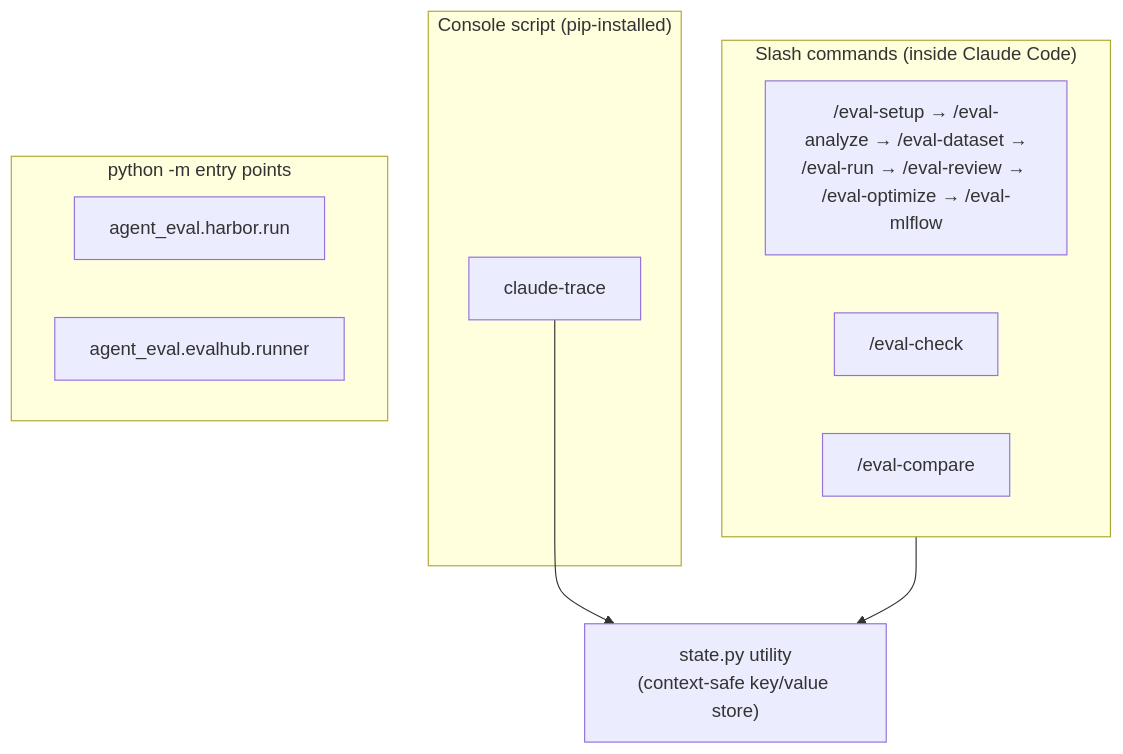
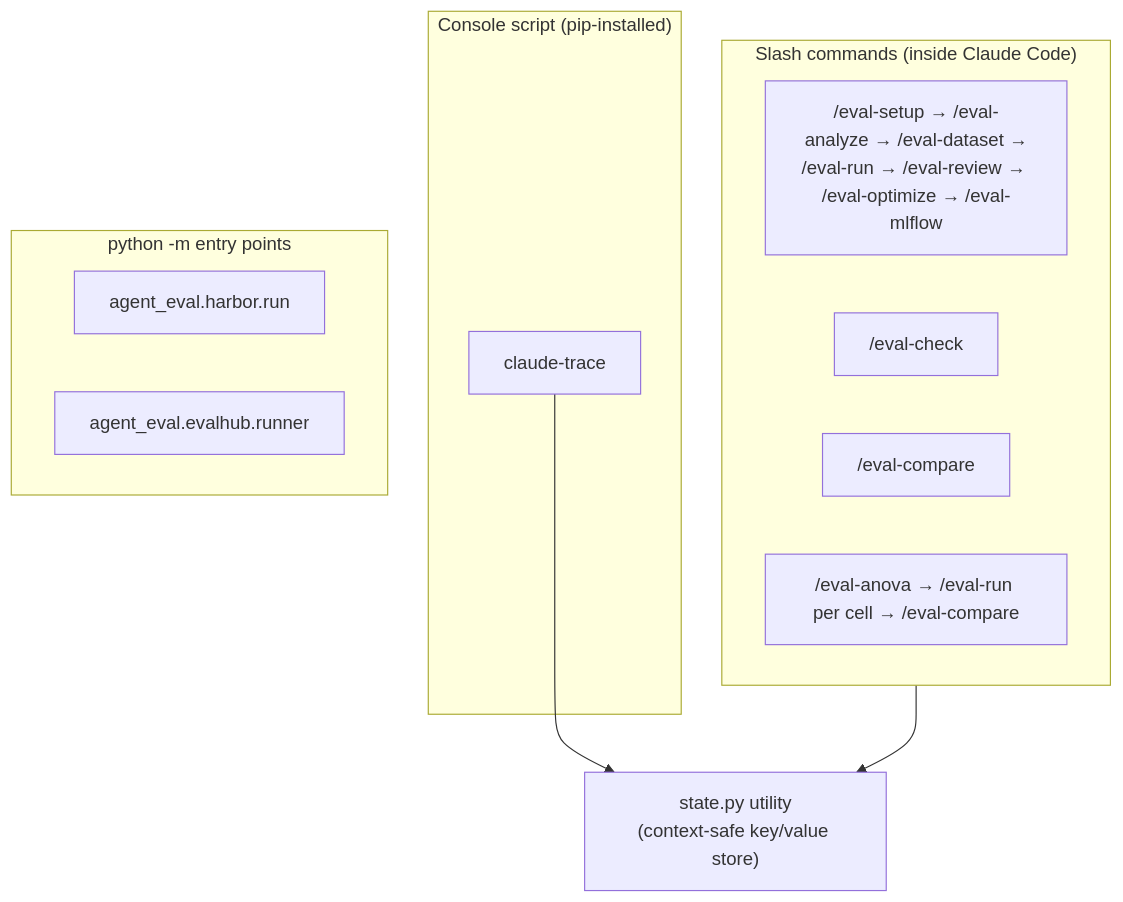
Before and after one commit to opendatahub-io/agent-eval-harness: the diagram in website/reference/cli.md, drawn with Mermaid. The commit also changed other lines of this file and 11 other files, not shown here.

````diff
--- a/website/reference/cli.md
+++ b/website/reference/cli.md
@@ -18,18 +18,19 @@
 ```mermaid
 flowchart TD
     subgraph SC["Slash commands (inside Claude Code)"]
         A["/eval-setup → /eval-analyze → /eval-dataset →<br/>/eval-run → /eval-review → /eval-optimize → /eval-mlflow"]
         C["/eval-check"]
         C2["/eval-compare"]
+        C3["/eval-anova → /eval-run per cell → /eval-compare"]
     end
     subgraph CS["Console script (pip-installed)"]
         T["claude-trace"]
     end
     subgraph PM["python -m entry points"]
         H["agent_eval.harbor.run"]
         E["agent_eval.evalhub.runner"]
     end
     ST["state.py utility<br/>(context-safe key/value store)"]
     SC --> ST
     T --> ST
 ```
````
